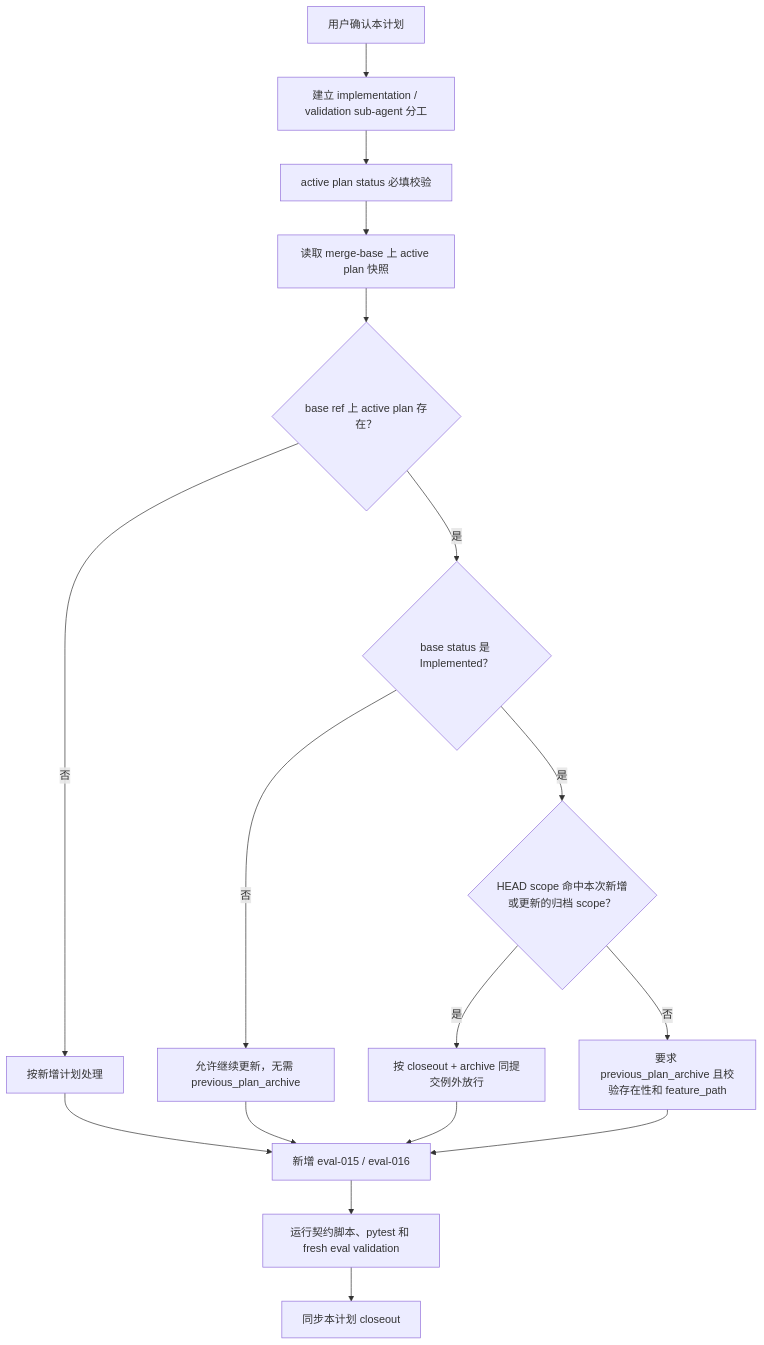
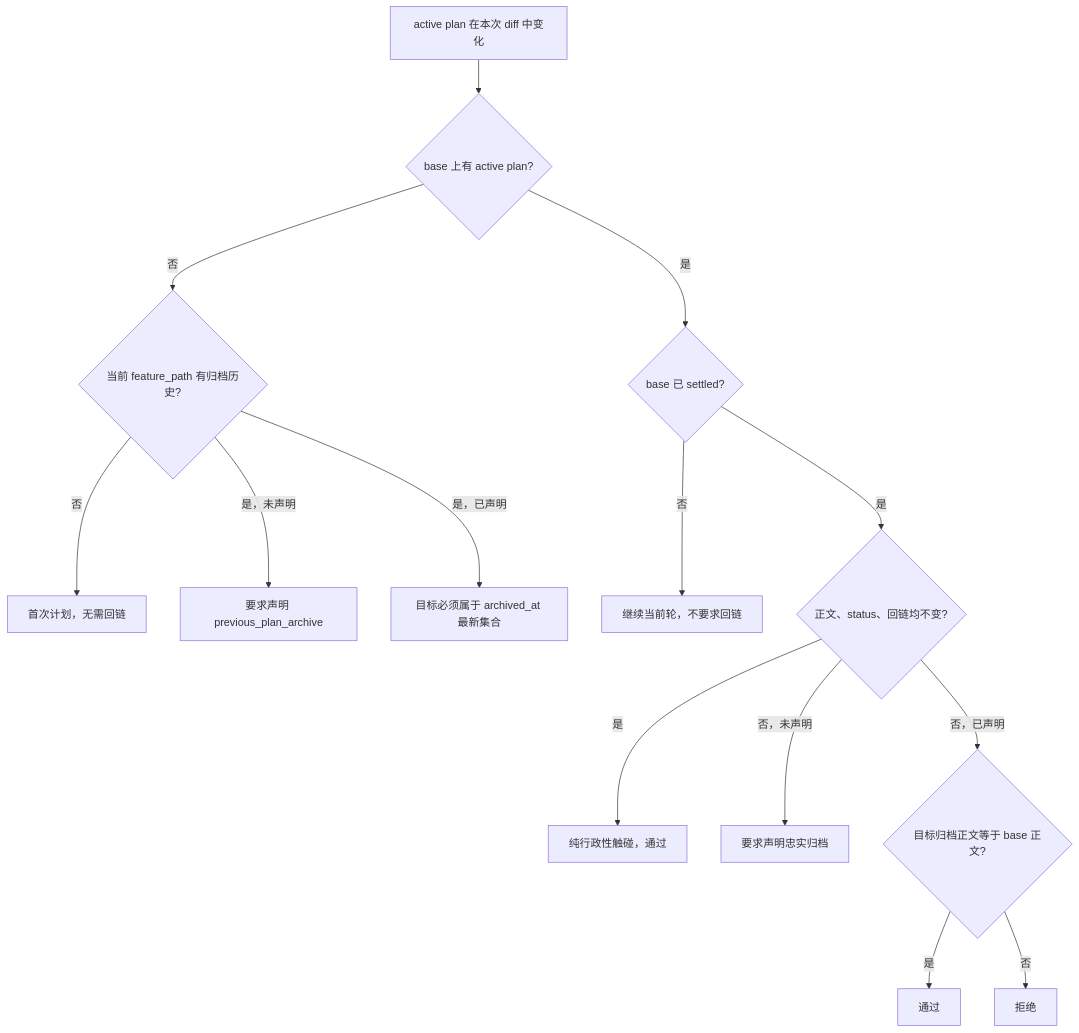
One commit to Neplich/dev-agent-skills changed the diagram in docs/engineer/agents/engineer-agent/skills/feature-implementor/implementation-plan-archive-gate/IMPLEMENTATION_PLAN.md. Above: the diagram before and after it, drawn with Mermaid. The commit also changed other lines of this file and 3 other files, not shown here.

````diff
--- a/docs/engineer/agents/engineer-agent/skills/feature-implementor/implementation-plan-archive-gate/IMPLEMENTATION_PLAN.md
+++ b/docs/engineer/agents/engineer-agent/skills/feature-implementor/implementation-plan-archive-gate/IMPLEMENTATION_PLAN.md
@@ -90,19 +58,16 @@
 ```mermaid
 flowchart TD
-    Confirm["用户确认本计划"] --> Split["建立 implementation / validation sub-agent 分工"]
-    Split --> Metadata["active plan status 必填校验"]
-    Metadata --> BaseRef["读取 merge-base 上 active plan 快照"]
-    BaseRef --> Exists{"base ref 上 active plan 存在？"}
-    Exists -->|否| NewPlan["按新增计划处理"]
-    Exists -->|是| BaseStatus{"base status 是 Implemented？"}
-    BaseStatus -->|否| Continue["允许继续更新，无需 previous_plan_archive"]
-    BaseStatus -->|是| Closeout{"HEAD scope 命中本次新增或更新的归档 scope？"}
-    Closeout -->|是| ArchiveException["按 closeout + archive 同提交例外放行"]
-    Closeout -->|否| Link["要求 previous_plan_archive 且校验存在性和 feature_path"]
-    NewPlan --> Evals["新增 eval-015 / eval-016"]
-    Continue --> Evals
-    ArchiveException --> Evals
-    Link --> Evals
-    Evals --> Checks["运行契约脚本、pytest 和 fresh eval validation"]
-    Checks --> CloseoutPlan["同步本计划 closeout"]
+    Start["active plan 在本次 diff 中变化"] --> Base{"base 上有 active plan?"}
+    Base -- "否" --> History{"当前 feature_path 有归档历史?"}
+    History -- "否" --> First["首次计划，无需回链"]
+    History -- "是，未声明" --> NeedLatest["要求声明 previous_plan_archive"]
+    History -- "是，已声明" --> Latest["目标必须属于 archived_at 最新集合"]
+    Base -- "是" --> Settled{"base 已 settled?"}
+    Settled -- "否" --> Continue["继续当前轮，不要求回链"]
+    Settled -- "是" --> Unchanged{"正文、status、回链均不变?"}
+    Unchanged -- "是" --> Admin["纯行政性触碰，通过"]
+    Unchanged -- "否，未声明" --> NeedFaithful["要求声明忠实归档"]
+    Unchanged -- "否，已声明" --> Fidelity{"目标归档正文等于 base 正文?"}
+    Fidelity -- "是" --> Pass["通过"]
+    Fidelity -- "否" --> Reject["拒绝"]
 ```
````
